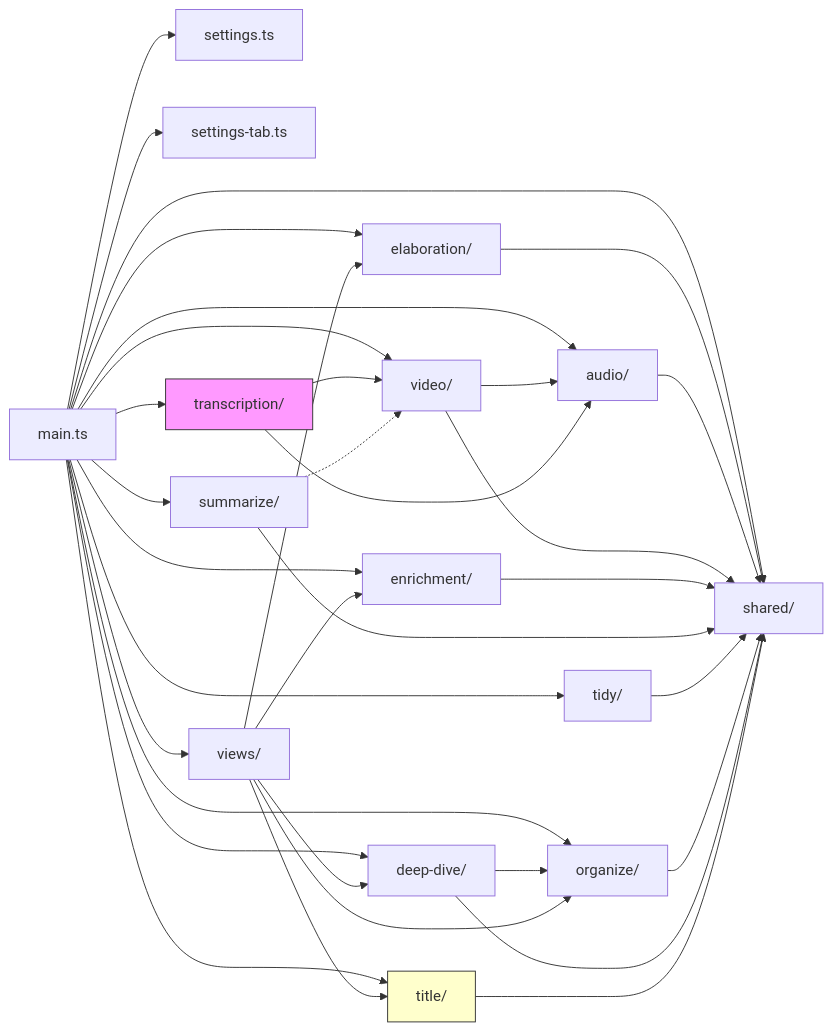
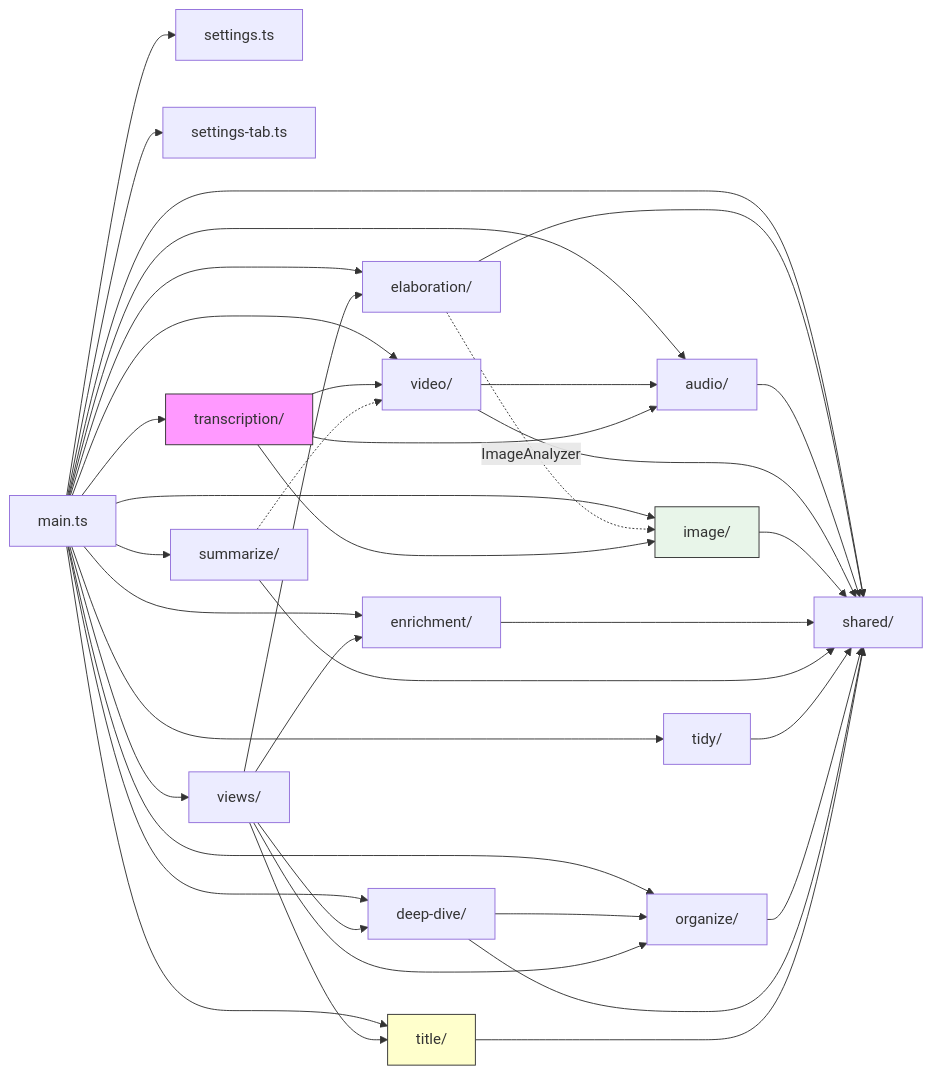
One commit to dustinkeeton/obsidian-synapse changed the second of 9 diagrams in ARCHITECTURE.md. Above: the diagram before and after it, drawn with Mermaid. The commit also changed other lines of this file and 21 other files, not shown here.

````diff
--- a/ARCHITECTURE.md
+++ b/ARCHITECTURE.md
@@ -162,40 +174,45 @@
 ```mermaid
 graph LR
     Main["main.ts"] --> Settings["settings.ts"]
     Main --> SettingsTab["settings-tab.ts"]
     Main --> Shared["shared/"]
     Main --> Views["views/"]
     Main --> Elab["elaboration/"]
     Main --> Audio["audio/"]
     Main --> Video["video/"]
+    Main --> Image["image/"]
     Main --> Trans["transcription/"]
     Main --> Enrich["enrichment/"]
     Main --> Summ["summarize/"]
     Main --> Tidy["tidy/"]
     Main --> Org["organize/"]
     Main --> DD["deep-dive/"]
     Main --> Title["title/"]
 
     Elab --> Shared
     Audio --> Shared
     Video --> Shared
     Video --> Audio
+    Image --> Shared
+    Elab -.->|ImageAnalyzer| Image
     Trans --> Audio
     Trans --> Video
+    Trans --> Image
     Enrich --> Shared
     Summ --> Shared
     Summ -.-> Video
     Tidy --> Shared
     Org --> Shared
     DD --> Shared
     DD --> Org
     Title --> Shared
     Views --> Elab
     Views --> Enrich
     Views --> Org
     Views --> DD
     Views --> Title
 
     style Trans fill:#f9f,stroke:#333
     style Title fill:#ffc,stroke:#333
+    style Image fill:#e8f5e9,stroke:#333
 ```
````
